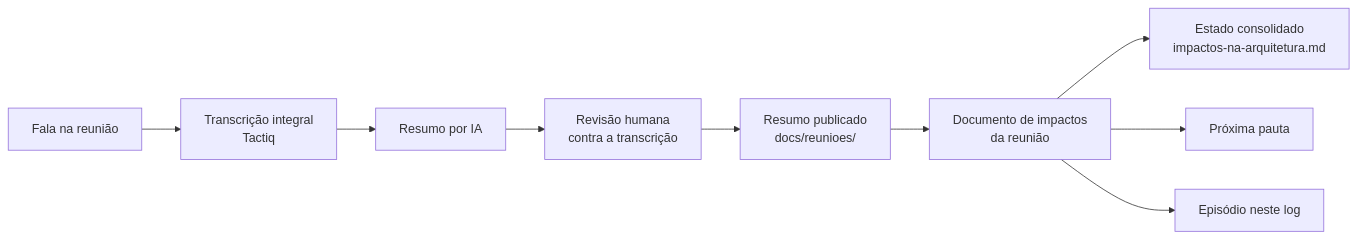
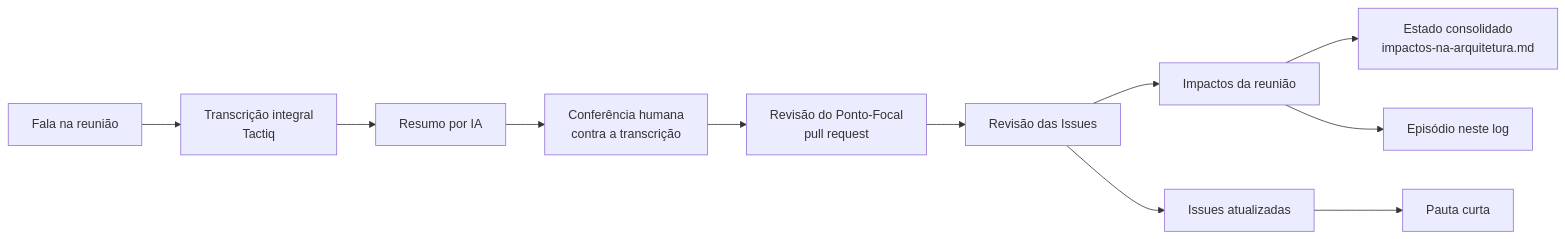
One commit to edalcin/Arquitetura-BioCultural changed the diagram in docs/ia/uso-de-ia.md. Above: the diagram before and after it, drawn with Mermaid. The commit also changed other lines of this file and 20 other files, not shown here.

First line of the commit message:
docs: Cenário B — governança da arquitetura por Issues, pauta curta, registro de prompts (v3.12.0)

````diff
--- a/docs/ia/uso-de-ia.md
+++ b/docs/ia/uso-de-ia.md
@@ -12,11 +15,13 @@
 ```mermaid
 flowchart LR
     F[Fala na reunião] --> T[Transcrição integral<br/>Tactiq]
     T --> R[Resumo por IA]
-    R --> V[Revisão humana<br/>contra a transcrição]
-    V --> P[Resumo publicado<br/>docs/reunioes/]
-    P --> I[Documento de impactos<br/>da reunião]
+    R --> V[Conferência humana<br/>contra a transcrição]
+    V --> PF[Revisão do Ponto-Focal<br/>pull request]
+    PF --> RI[Revisão das Issues]
+    RI --> I[Impactos da reunião]
     I --> C[Estado consolidado<br/>impactos-na-arquitetura.md]
-    I --> N[Próxima pauta]
+    RI --> Q[Issues atualizadas]
+    Q --> N[Pauta curta]
     I --> E[Episódio neste log]
 ```
````
